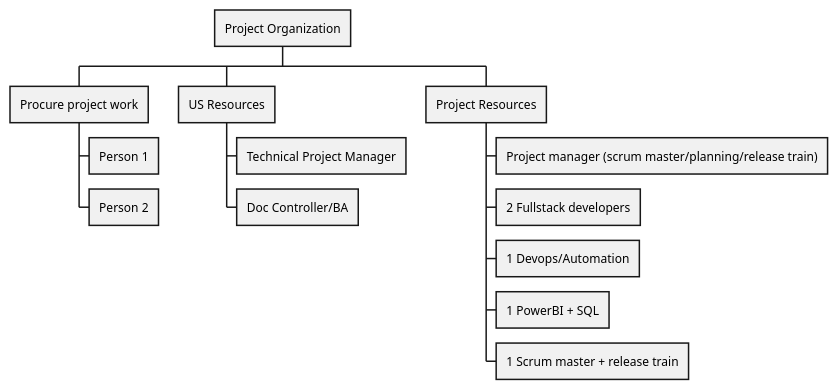
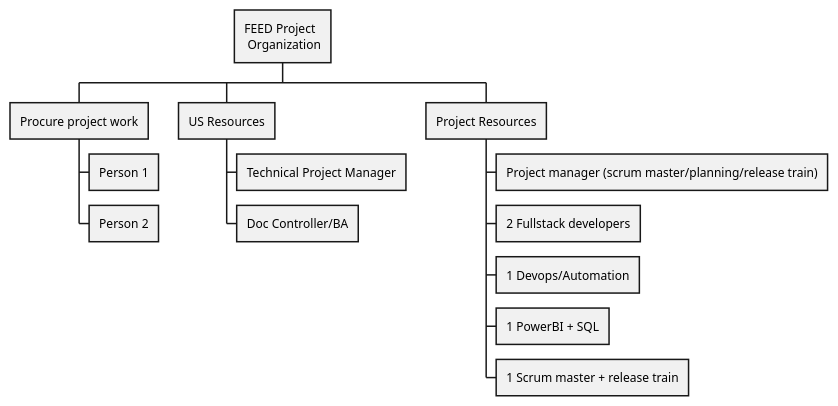
Before and after one commit to vamseeachanta/energy: the diagram in tools/puml/wbs.puml, drawn with PlantUML. The commit also changed 29 other files, not shown here.

```diff
--- a/tools/puml/wbs.puml
+++ b/tools/puml/wbs.puml
@@ -1,15 +1,15 @@
 @startwbs
-* Project Organization
+* FEED Project \n Organization
 ** Procure project work
 *** Person 1
 *** Person 2
 ** US Resources
 *** Technical Project Manager
 *** Doc Controller/BA
 ** Project Resources
 *** Project manager (scrum master/planning/release train)
 *** 2 Fullstack developers
 *** 1 Devops/Automation
 *** 1 PowerBI + SQL
 *** 1 Scrum master + release train
 @endwbs
```
